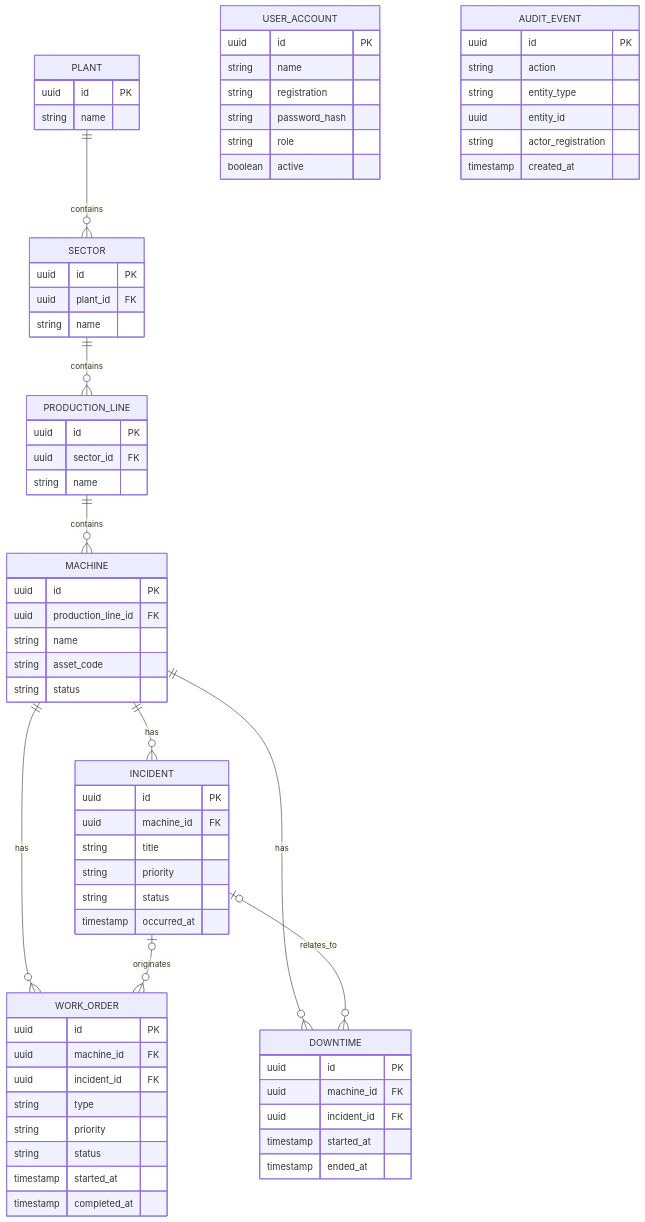
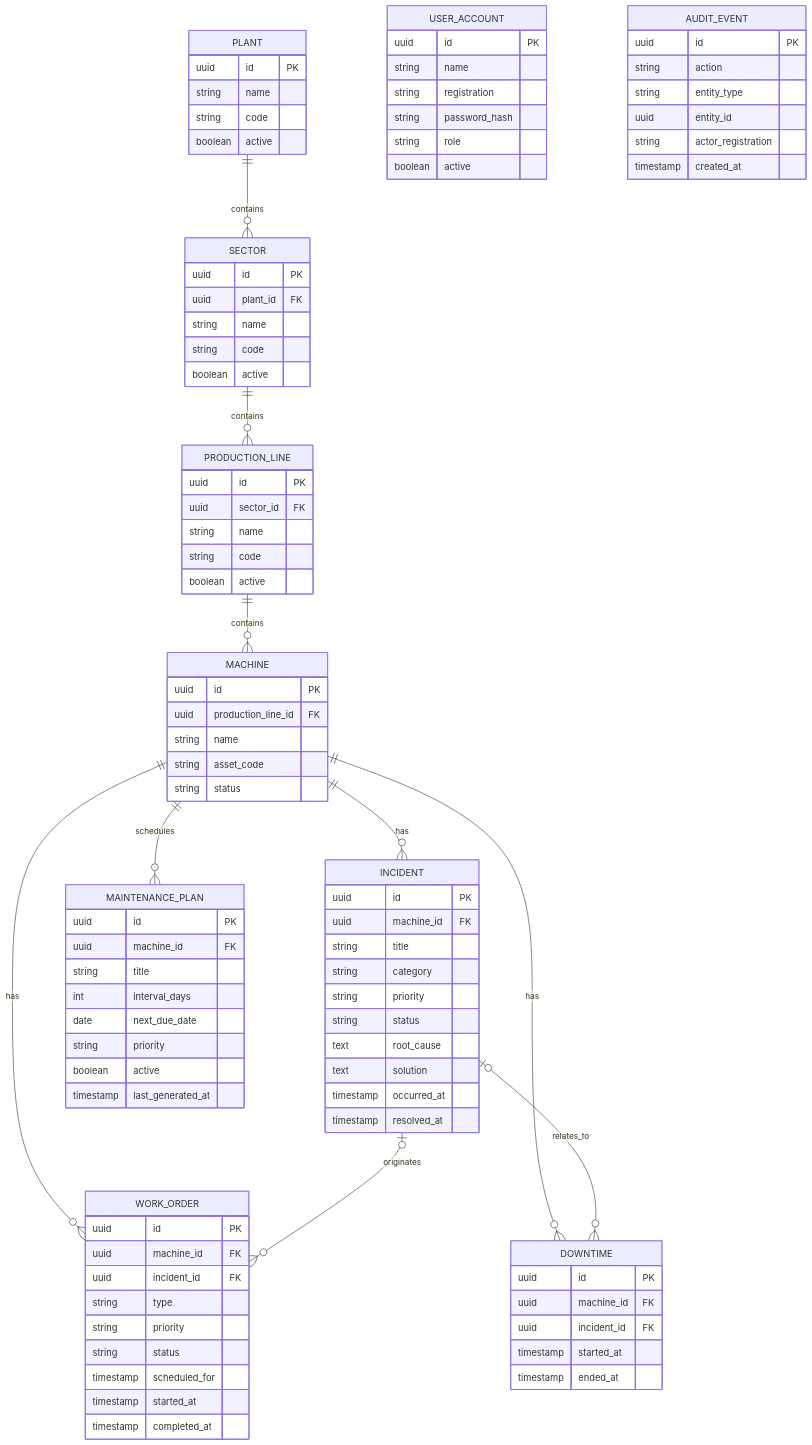
Before and after one commit to SamaraKonkol/LinePulse: the diagram in docs/domain-model.md, drawn with Mermaid. The commit also changed other lines of this file, not shown here.

```diff
--- a/docs/domain-model.md
+++ b/docs/domain-model.md
@@ -11,6 +11,7 @@
     MACHINE ||--o{ INCIDENT : has
     MACHINE ||--o{ WORK_ORDER : has
     MACHINE ||--o{ DOWNTIME : has
+    MACHINE ||--o{ MAINTENANCE_PLAN : schedules
 
     INCIDENT o|--o{ WORK_ORDER : originates
     INCIDENT o|--o{ DOWNTIME : relates_to
@@ -27,18 +28,24 @@
     PLANT {
         uuid id PK
         string name
+        string code
+        boolean active
     }
 
     SECTOR {
         uuid id PK
         uuid plant_id FK
         string name
+        string code
+        boolean active
     }
 
     PRODUCTION_LINE {
         uuid id PK
         uuid sector_id FK
         string name
+        string code
+        boolean active
     }
 
     MACHINE {
@@ -53,9 +60,24 @@
         uuid id PK
         uuid machine_id FK
         string title
+        string category
         string priority
         string status
+        text root_cause
+        text solution
         timestamp occurred_at
+        timestamp resolved_at
+    }
+
+    MAINTENANCE_PLAN {
+        uuid id PK
+        uuid machine_id FK
+        string title
+        int interval_days
+        date next_due_date
+        string priority
+        boolean active
+        timestamp last_generated_at
     }
 
     WORK_ORDER {
@@ -65,6 +87,7 @@
         string type
         string priority
         string status
+        timestamp scheduled_for
         timestamp started_at
         timestamp completed_at
     }
```
